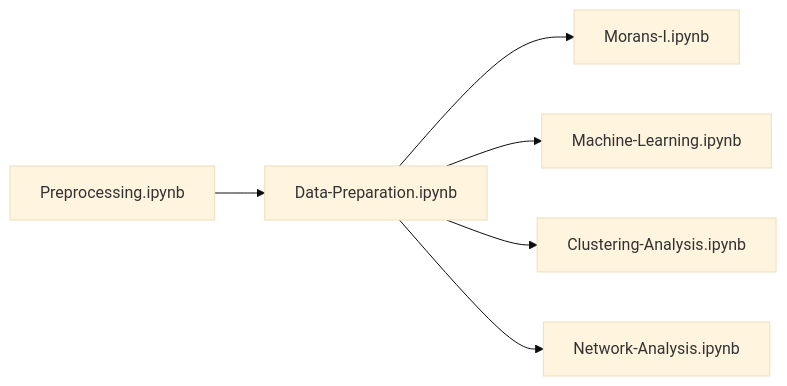
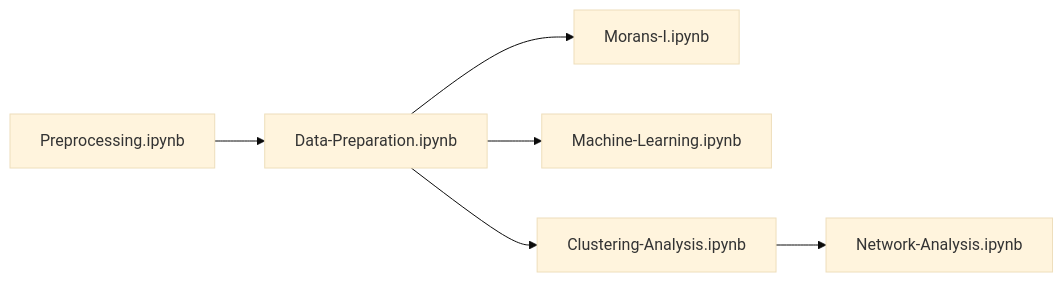
The diagram in README.md (anhdnguye/Spatial-Transcriptomics-Data-Analysis), drawn with Mermaid (base theme) before and after one commit.

Commit message:
change flow

````diff
--- a/README.md
+++ b/README.md
@@ -27,9 +27,9 @@
 ```mermaid
 graph LR
 
 A[Preprocessing.ipynb] --> B[Data-Preparation.ipynb]
 B --> C[Morans-I.ipynb]
 B --> D[Machine-Learning.ipynb]
 B --> E[Clustering-Analysis.ipynb]
-B --> F[Network-Analysis.ipynb]
+E --> F[Network-Analysis.ipynb]
 ```
````
